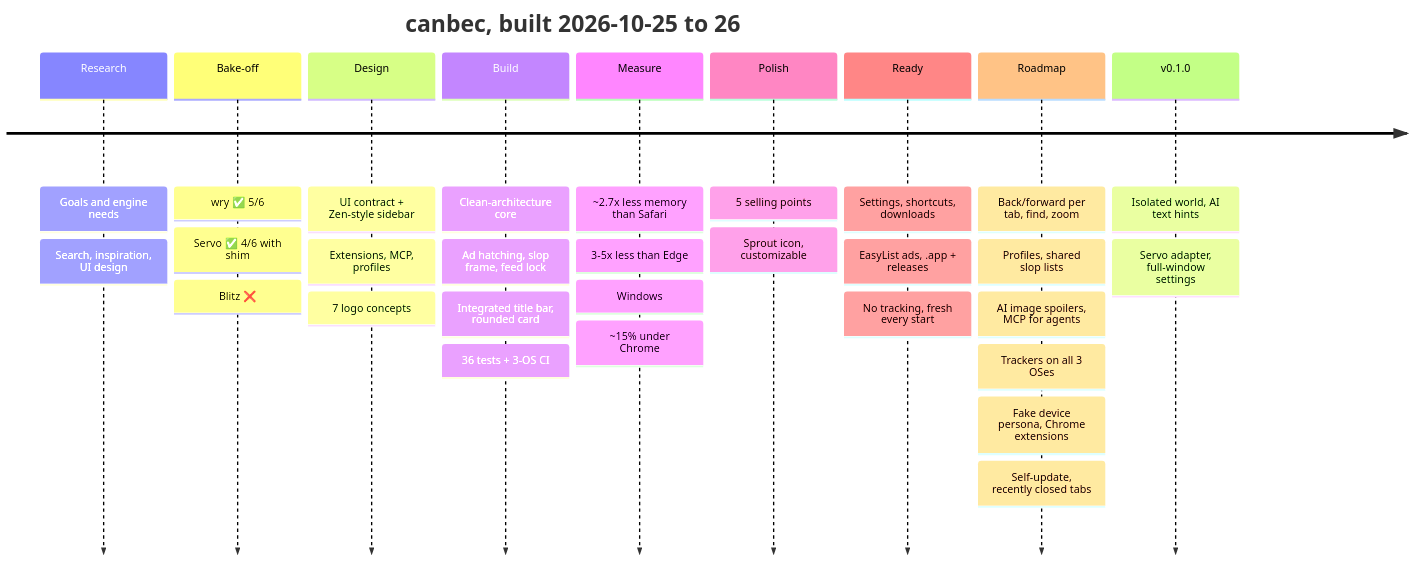
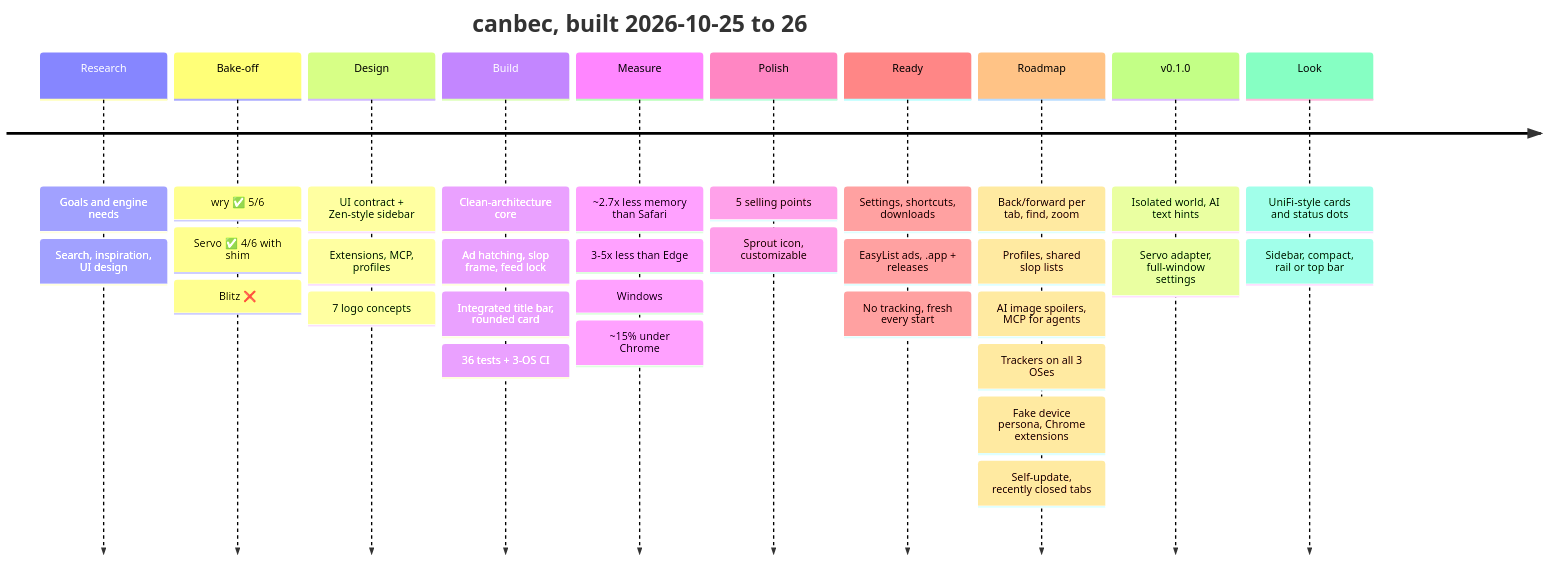
Before and after one commit to Cod3rs-org/canbec: the diagram in README.md, drawn with Mermaid. The commit also changed other lines of this file and 10 other files, not shown here.

First line of the commit message:
ui: UniFi-style look and layouts (sidebar, compact, rail, top bar)

````diff
--- a/README.md
+++ b/README.md
@@ -95,32 +95,34 @@
 ```mermaid
 timeline
     title canbec, built 2026-10-25 to 26
     Research : Goals and engine needs
              : Search, inspiration, UI design
     Bake-off : wry ✅ 5/6
              : Servo ✅ 4/6 with shim
              : Blitz ❌
     Design   : UI contract + Zen-style sidebar
              : Extensions, MCP, profiles
              : 7 logo concepts
     Build    : Clean-architecture core
              : Ad hatching, slop frame, feed lock
              : Integrated title bar, rounded card
              : 36 tests + 3-OS CI
     Measure  : ~2.7x less memory than Safari
              : 3-5x less than Edge
              : Windows: ~15% under Chrome
     Polish   : 5 selling points
              : Sprout icon, customizable
     Ready    : Settings, shortcuts, downloads
              : EasyList ads, .app + releases
              : No tracking, fresh every start
     Roadmap  : Back/forward per tab, find, zoom
              : Profiles, shared slop lists
              : AI image spoilers, MCP for agents
              : Trackers on all 3 OSes
              : Fake device persona, Chrome extensions
              : Self-update, recently closed tabs
     v0.1.0   : Isolated world, AI text hints
              : Servo adapter, full-window settings
+    Look     : UniFi-style cards and status dots
+             : Sidebar, compact, rail or top bar
 ```
````
